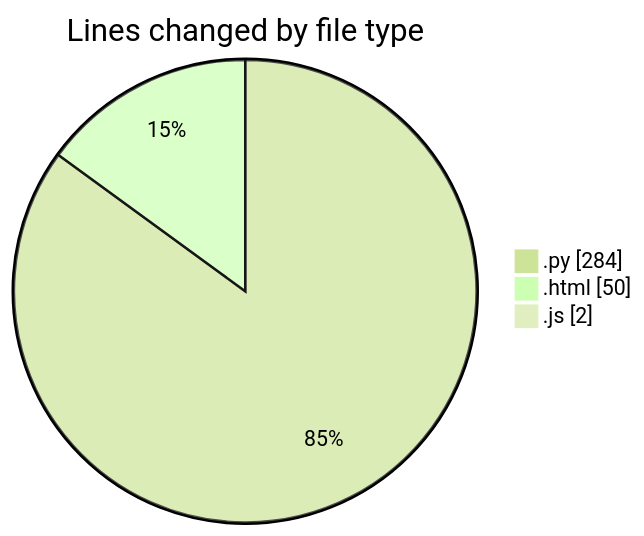
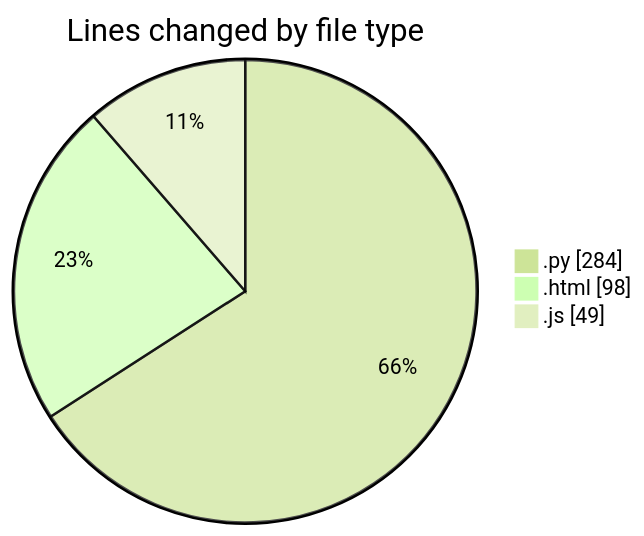
One commit to Ritupan-Deka/code-tracking changed the first of 2 diagrams in 2025-01-21/projects/README.md. Above: the diagram before and after it, drawn with Mermaid (forest theme). The commit also changed other lines of this file and 1 other file, not shown here.

````diff
--- a/2025-01-21/projects/README.md
+++ b/2025-01-21/projects/README.md
@@ -27,7 +30,7 @@
 ```mermaid
 pie showData
 title Lines changed by file type
 ".py" : 284
-".html" : 50
-".js" : 2
+".html" : 98
+".js" : 49
 ```
````
